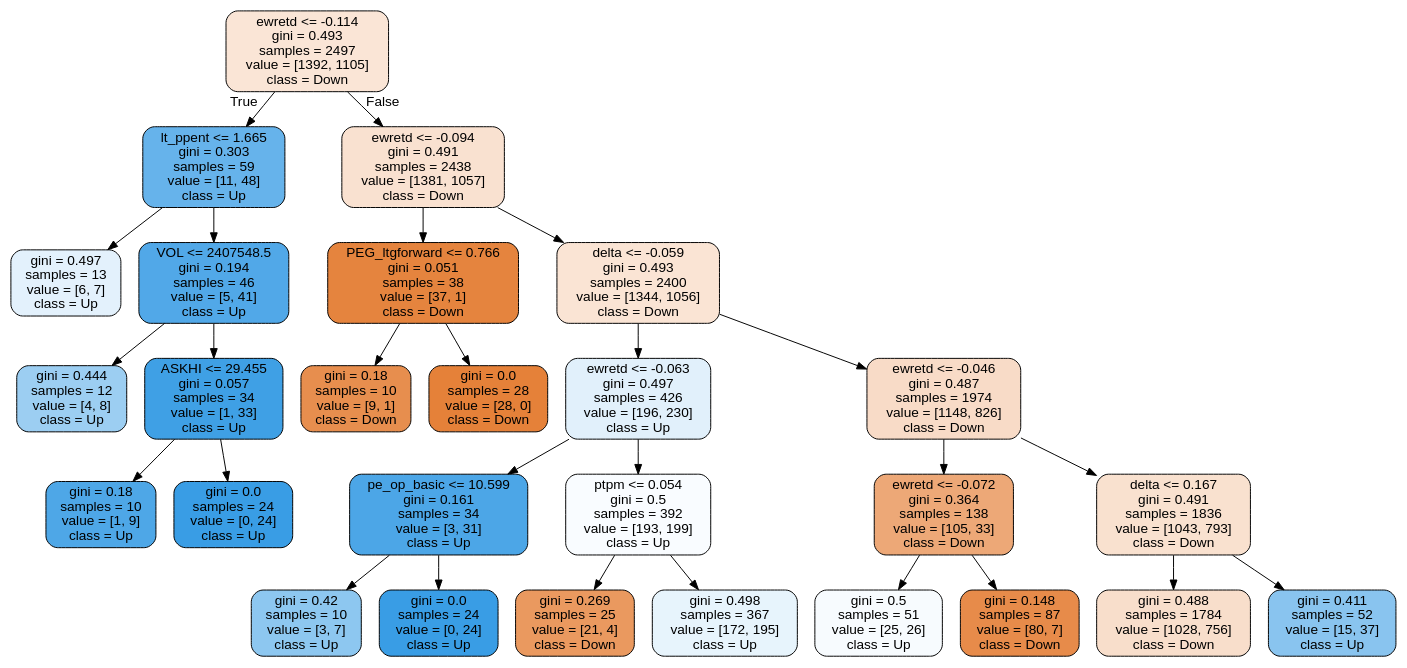
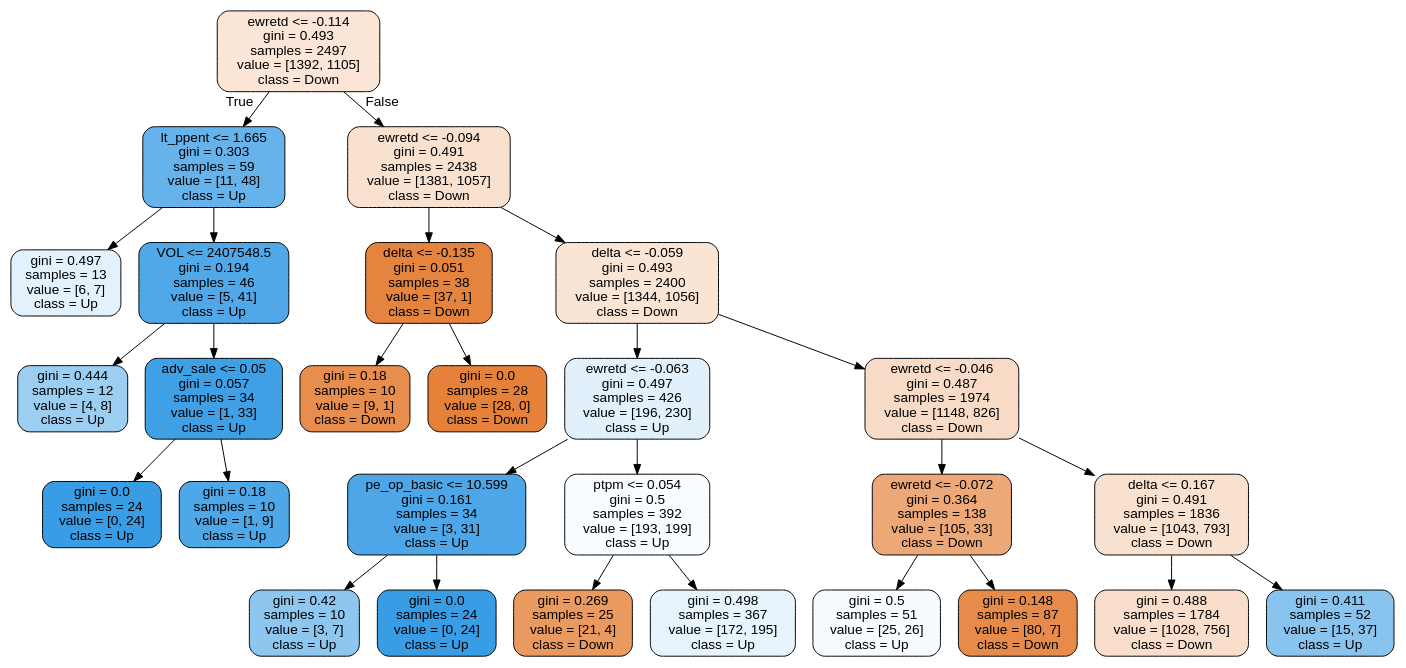
One commit to bjeffr/Intro_to_Machine_Learning_Group_4 changed the diagram in tree.dot. Above: the diagram before and after it, drawn with Graphviz. The commit also changed 2 other files, not shown here.

```diff
--- a/tree.dot
+++ b/tree.dot
@@ -1,57 +1,57 @@
 digraph Tree {
 node [shape=box, style="filled, rounded", color="black", fontname=helvetica] ;
 edge [fontname=helvetica] ;
 0 [label="ewretd <= -0.114\ngini = 0.493\nsamples = 2497\nvalue = [1392, 1105]\nclass = Down", fillcolor="#e5813935"] ;
 1 [label="lt_ppent <= 1.665\ngini = 0.303\nsamples = 59\nvalue = [11, 48]\nclass = Up", fillcolor="#399de5c5"] ;
 0 -> 1 [labeldistance=2.5, labelangle=45, headlabel="True"] ;
 2 [label="gini = 0.497\nsamples = 13\nvalue = [6, 7]\nclass = Up", fillcolor="#399de524"] ;
 1 -> 2 ;
 3 [label="VOL <= 2407548.5\ngini = 0.194\nsamples = 46\nvalue = [5, 41]\nclass = Up", fillcolor="#399de5e0"] ;
 1 -> 3 ;
 4 [label="gini = 0.444\nsamples = 12\nvalue = [4, 8]\nclass = Up", fillcolor="#399de57f"] ;
 3 -> 4 ;
-5 [label="ASKHI <= 29.455\ngini = 0.057\nsamples = 34\nvalue = [1, 33]\nclass = Up", fillcolor="#399de5f7"] ;
+5 [label="adv_sale <= 0.05\ngini = 0.057\nsamples = 34\nvalue = [1, 33]\nclass = Up", fillcolor="#399de5f7"] ;
 3 -> 5 ;
-6 [label="gini = 0.18\nsamples = 10\nvalue = [1, 9]\nclass = Up", fillcolor="#399de5e3"] ;
+6 [label="gini = 0.0\nsamples = 24\nvalue = [0, 24]\nclass = Up", fillcolor="#399de5ff"] ;
 5 -> 6 ;
-7 [label="gini = 0.0\nsamples = 24\nvalue = [0, 24]\nclass = Up", fillcolor="#399de5ff"] ;
+7 [label="gini = 0.18\nsamples = 10\nvalue = [1, 9]\nclass = Up", fillcolor="#399de5e3"] ;
 5 -> 7 ;
 8 [label="ewretd <= -0.094\ngini = 0.491\nsamples = 2438\nvalue = [1381, 1057]\nclass = Down", fillcolor="#e581393c"] ;
 0 -> 8 [labeldistance=2.5, labelangle=-45, headlabel="False"] ;
-9 [label="PEG_ltgforward <= 0.766\ngini = 0.051\nsamples = 38\nvalue = [37, 1]\nclass = Down", fillcolor="#e58139f8"] ;
+9 [label="delta <= -0.135\ngini = 0.051\nsamples = 38\nvalue = [37, 1]\nclass = Down", fillcolor="#e58139f8"] ;
 8 -> 9 ;
 10 [label="gini = 0.18\nsamples = 10\nvalue = [9, 1]\nclass = Down", fillcolor="#e58139e3"] ;
 9 -> 10 ;
 11 [label="gini = 0.0\nsamples = 28\nvalue = [28, 0]\nclass = Down", fillcolor="#e58139ff"] ;
 9 -> 11 ;
 12 [label="delta <= -0.059\ngini = 0.493\nsamples = 2400\nvalue = [1344, 1056]\nclass = Down", fillcolor="#e5813937"] ;
 8 -> 12 ;
 13 [label="ewretd <= -0.063\ngini = 0.497\nsamples = 426\nvalue = [196, 230]\nclass = Up", fillcolor="#399de526"] ;
 12 -> 13 ;
 14 [label="pe_op_basic <= 10.599\ngini = 0.161\nsamples = 34\nvalue = [3, 31]\nclass = Up", fillcolor="#399de5e6"] ;
 13 -> 14 ;
 15 [label="gini = 0.42\nsamples = 10\nvalue = [3, 7]\nclass = Up", fillcolor="#399de592"] ;
 14 -> 15 ;
 16 [label="gini = 0.0\nsamples = 24\nvalue = [0, 24]\nclass = Up", fillcolor="#399de5ff"] ;
 14 -> 16 ;
 17 [label="ptpm <= 0.054\ngini = 0.5\nsamples = 392\nvalue = [193, 199]\nclass = Up", fillcolor="#399de508"] ;
 13 -> 17 ;
 18 [label="gini = 0.269\nsamples = 25\nvalue = [21, 4]\nclass = Down", fillcolor="#e58139ce"] ;
 17 -> 18 ;
 19 [label="gini = 0.498\nsamples = 367\nvalue = [172, 195]\nclass = Up", fillcolor="#399de51e"] ;
 17 -> 19 ;
 20 [label="ewretd <= -0.046\ngini = 0.487\nsamples = 1974\nvalue = [1148, 826]\nclass = Down", fillcolor="#e5813948"] ;
 12 -> 20 ;
 21 [label="ewretd <= -0.072\ngini = 0.364\nsamples = 138\nvalue = [105, 33]\nclass = Down", fillcolor="#e58139af"] ;
 20 -> 21 ;
 22 [label="gini = 0.5\nsamples = 51\nvalue = [25, 26]\nclass = Up", fillcolor="#399de50a"] ;
 21 -> 22 ;
 23 [label="gini = 0.148\nsamples = 87\nvalue = [80, 7]\nclass = Down", fillcolor="#e58139e9"] ;
 21 -> 23 ;
 24 [label="delta <= 0.167\ngini = 0.491\nsamples = 1836\nvalue = [1043, 793]\nclass = Down", fillcolor="#e581393d"] ;
 20 -> 24 ;
 25 [label="gini = 0.488\nsamples = 1784\nvalue = [1028, 756]\nclass = Down", fillcolor="#e5813943"] ;
 24 -> 25 ;
 26 [label="gini = 0.411\nsamples = 52\nvalue = [15, 37]\nclass = Up", fillcolor="#399de598"] ;
 24 -> 26 ;
 }
```
